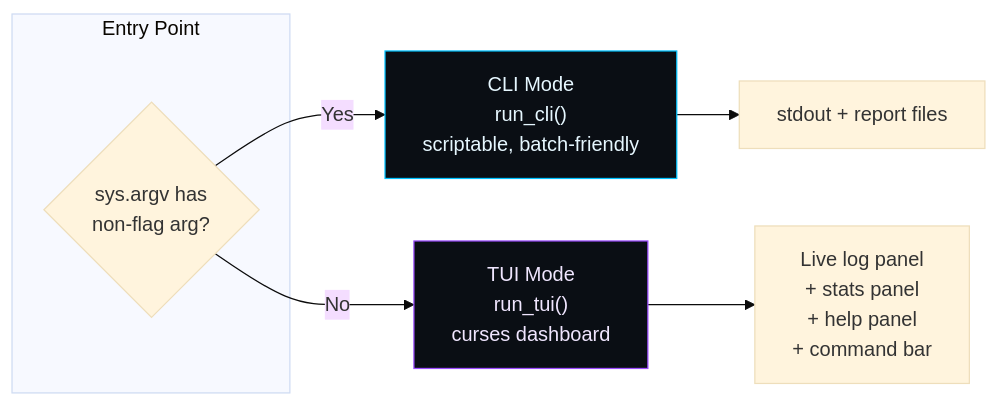
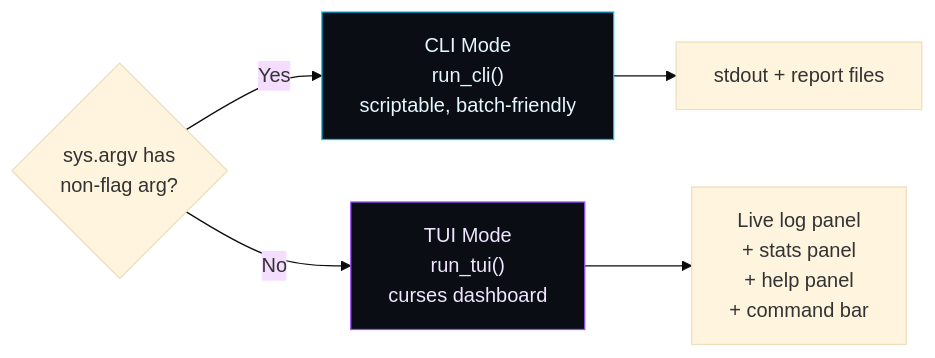
One commit to sylhetyhackvenger/STRATASCAN changed diagram 14 of 21 in README.md. Above: the diagram before and after it, drawn with Mermaid (base theme). The commit also changed other lines of this file, not shown here.

````diff
--- a/README.md
+++ b/README.md
@@ -970,14 +952,12 @@
 ```mermaid
 flowchart LR
-    subgraph ENTRY["Entry Point"]
-        ARGV{"sys.argv has\nnon-flag arg?"}
-    end
-    ARGV -->|Yes| CLI["CLI Mode\nrun_cli()\nscriptable, batch-friendly"]
-    ARGV -->|No| TUI["TUI Mode\nrun_tui()\ncurses dashboard"]
+    ARGV{"sys.argv has<br/>non-flag arg?"}
+    ARGV -->|Yes| CLI["CLI Mode<br/>run_cli()<br/>scriptable, batch-friendly"]
+    ARGV -->|No| TUI["TUI Mode<br/>run_tui()<br/>curses dashboard"]
 
     CLI --> OUT1["stdout + report files"]
-    TUI --> OUT2["Live log panel\n+ stats panel\n+ help panel\n+ command bar"]
+    TUI --> OUT2["Live log panel<br/>+ stats panel<br/>+ help panel<br/>+ command bar"]
 
     style CLI fill:#0a0e14,stroke:#00c2ff,color:#e6f7ff
     style TUI fill:#0a0e14,stroke:#9d4dff,color:#f0e6ff
 ```
````
